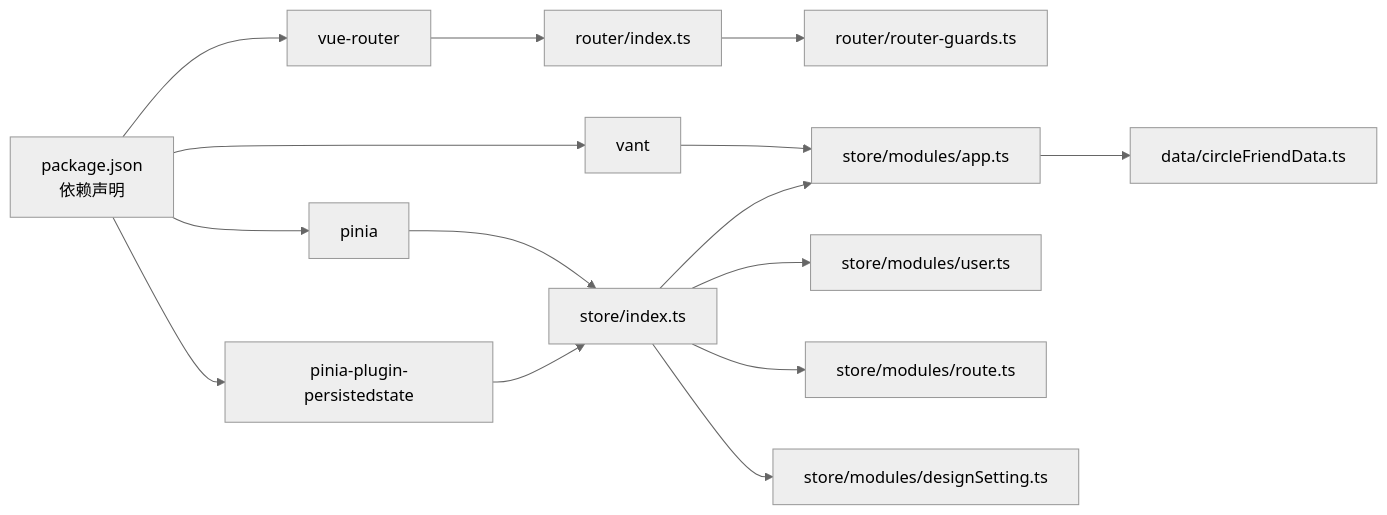
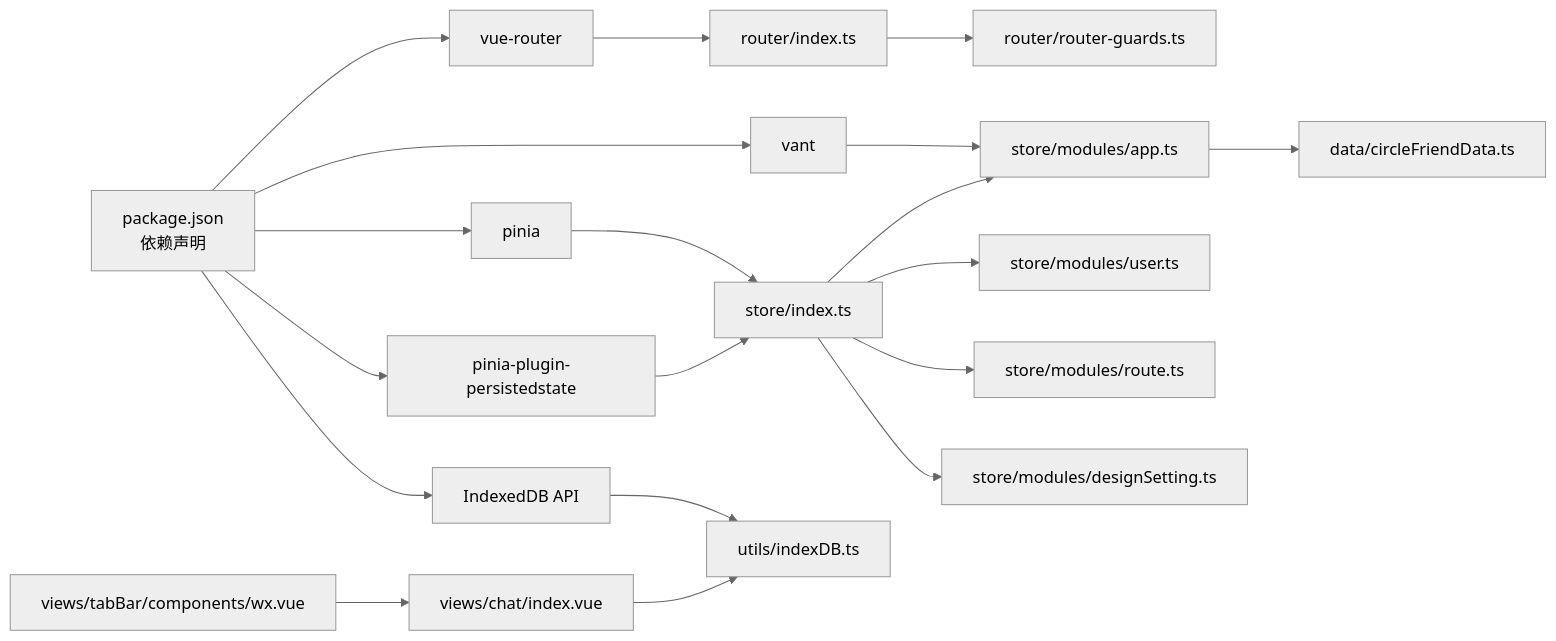
The tenth of 10 diagrams in .qoder/repowiki/zh/content/核心系统/状态管理系统/状态管理系统.md (giserman001/vue3-vant4-mobile), drawn with Mermaid (neutral theme) before and after one commit. The commit also changed other lines of this file and 17 other files, not shown here.

First line of the commit message:
docs(icon-system): 补充微信风格图标系统文档及架构说明

````diff
--- a/.qoder/repowiki/zh/content/核心系统/状态管理系统/状态管理系统.md
+++ b/.qoder/repowiki/zh/content/核心系统/状态管理系统/状态管理系统.md
@@ -403,17 +537,21 @@
 ```mermaid
 graph LR
 PACKAGE["package.json<br/>依赖声明"] --> PINIA["pinia"]
 PACKAGE --> PERSIST["pinia-plugin-persistedstate"]
 PACKAGE --> ROUTER["vue-router"]
 PACKAGE --> VANT["vant"]
+PACKAGE --> INDEXEDDB["IndexedDB API"]
 PINIA --> STORE["store/index.ts"]
 PERSIST --> STORE
 ROUTER --> ROUTERIDX["router/index.ts"]
 ROUTERIDX --> GUARDS["router/router-guards.ts"]
 VANT --> APP["App.vue"]
+INDEXEDDB --> INDEXEDDBUTIL["utils/indexDB.ts"]
 STORE --> USER["store/modules/user.ts"]
 STORE --> ROUTE["store/modules/route.ts"]
 STORE --> APP["store/modules/app.ts"]
 STORE --> DESIGN["store/modules/designSetting.ts"]
 APP --> CIRCLEFRIEND["data/circleFriendData.ts"]
+CHATVIEW["views/chat/index.vue"] --> INDEXEDDBUTIL
+TABBAR["views/tabBar/components/wx.vue"] --> CHATVIEW
 ```
````
